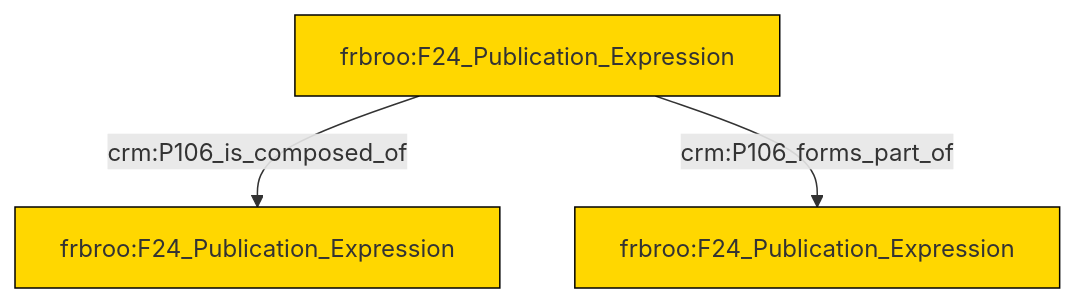
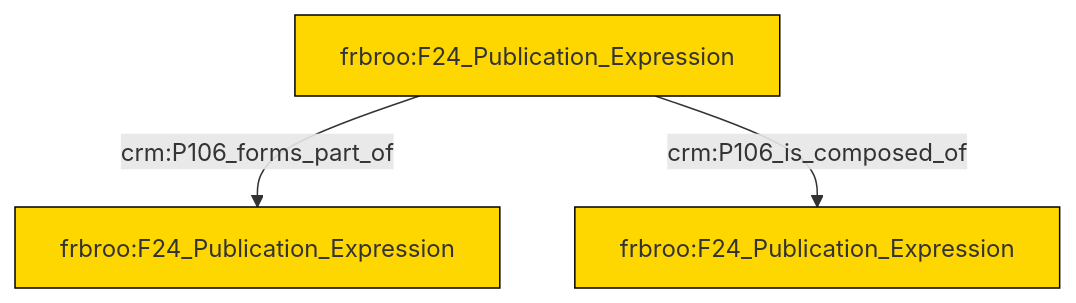
Before and after one commit to swiss-art-research-net/reference-data-models: the diagram in et/biblioCSV/ttl/mmd/biblio_parthood.ttl.mmd, drawn with Mermaid. The commit also changed 128 other files, not shown here.

```diff
--- a/et/biblioCSV/ttl/mmd/biblio_parthood.ttl.mmd
+++ b/et/biblioCSV/ttl/mmd/biblio_parthood.ttl.mmd
@@ -1,17 +1,17 @@
 graph TD
 classDef Literal fill:#f2f2f2,stroke:#000000;
 classDef CRM_Entity fill:#FFFFFF,stroke:#000000;
 classDef Temporal_Entity fill:#00C9E6, stroke:#000000;
 classDef Type fill:#E18312, stroke:#000000;
 classDef Time-Span fill:#2C9C91, stroke:#000000;
 classDef Appellation fill:#FFEB7F, stroke:#000000;
 classDef Place fill:#008836, stroke:#000000;
 classDef Persistent_Item fill:#B266B2, stroke:#000000;
 classDef Conceptual_Object fill:#FFD700, stroke:#000000;
 classDef Physical_Thing fill:#D2B48C, stroke:#000000;
 classDef Actor fill:#f58aad, stroke:#000000;
 classDef PC_Classes fill:#4ce600, stroke:#000000;
 classDef Multi fill:#cccccc,stroke:#000000;
 
-0["frbroo:F24_Publication_Expression"]:::Conceptual_Object -->|crm:P106_is_composed_of| 1["frbroo:F24_Publication_Expression"]:::Conceptual_Object
 0["frbroo:F24_Publication_Expression"]:::Conceptual_Object -->|crm:P106_forms_part_of| 2["frbroo:F24_Publication_Expression"]:::Conceptual_Object
+0["frbroo:F24_Publication_Expression"]:::Conceptual_Object -->|crm:P106_is_composed_of| 4["frbroo:F24_Publication_Expression"]:::Conceptual_Object
```
